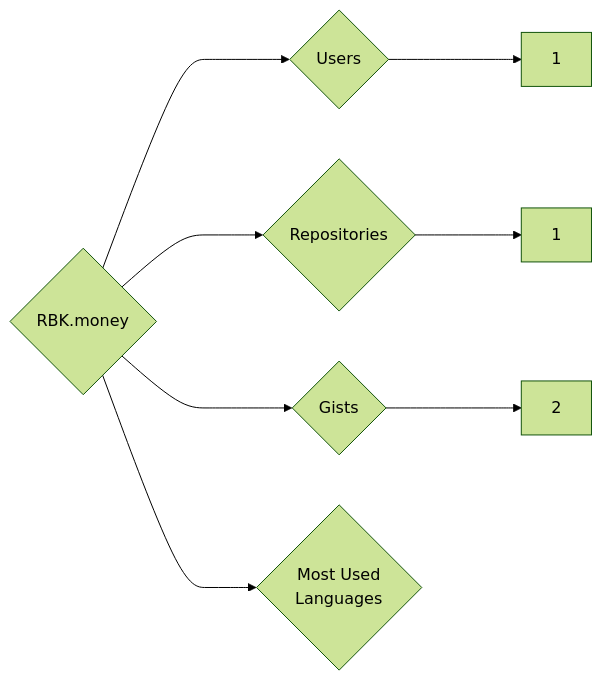
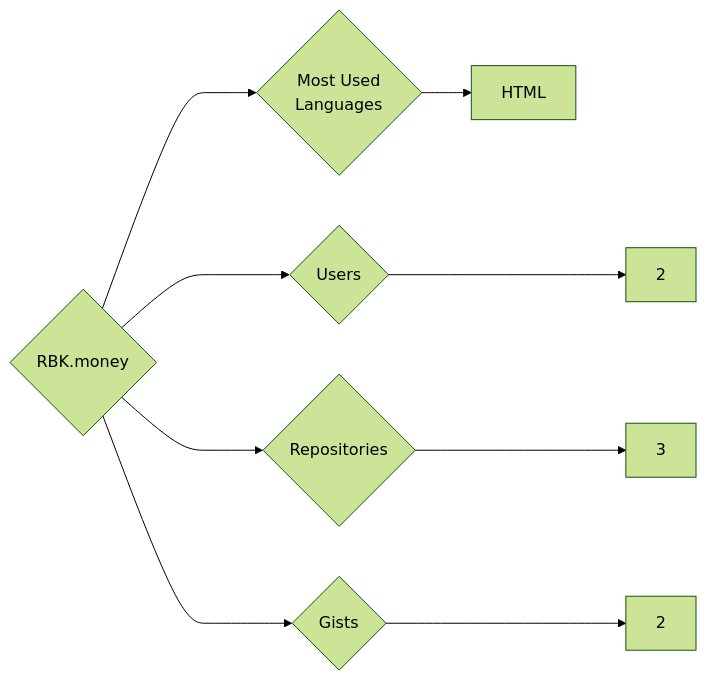
The diagram in targets/RBK.money/README.md (trickest/insiders), drawn with Mermaid (forest theme) before and after one commit. The commit also changed 912 other files, not shown here.

````diff
--- a/targets/RBK.money/README.md
+++ b/targets/RBK.money/README.md
@@ -3,8 +3,9 @@
 ```mermaid
 graph LR
 COMPANY_NAME{RBK.money}
-COMPANY_NAME ---> U{Users} ---> UN[1]
-COMPANY_NAME ---> R{Repositories} ---> RN[1]
+COMPANY_NAME ---> U{Users} ---> UN[2]
+COMPANY_NAME ---> R{Repositories} ---> RN[3]
 COMPANY_NAME ---> G{Gists} ---> GN[2]
 COMPANY_NAME ---> ML{Most Used<br>Languages}
+ML --> HTML[HTML]
 ```
````
